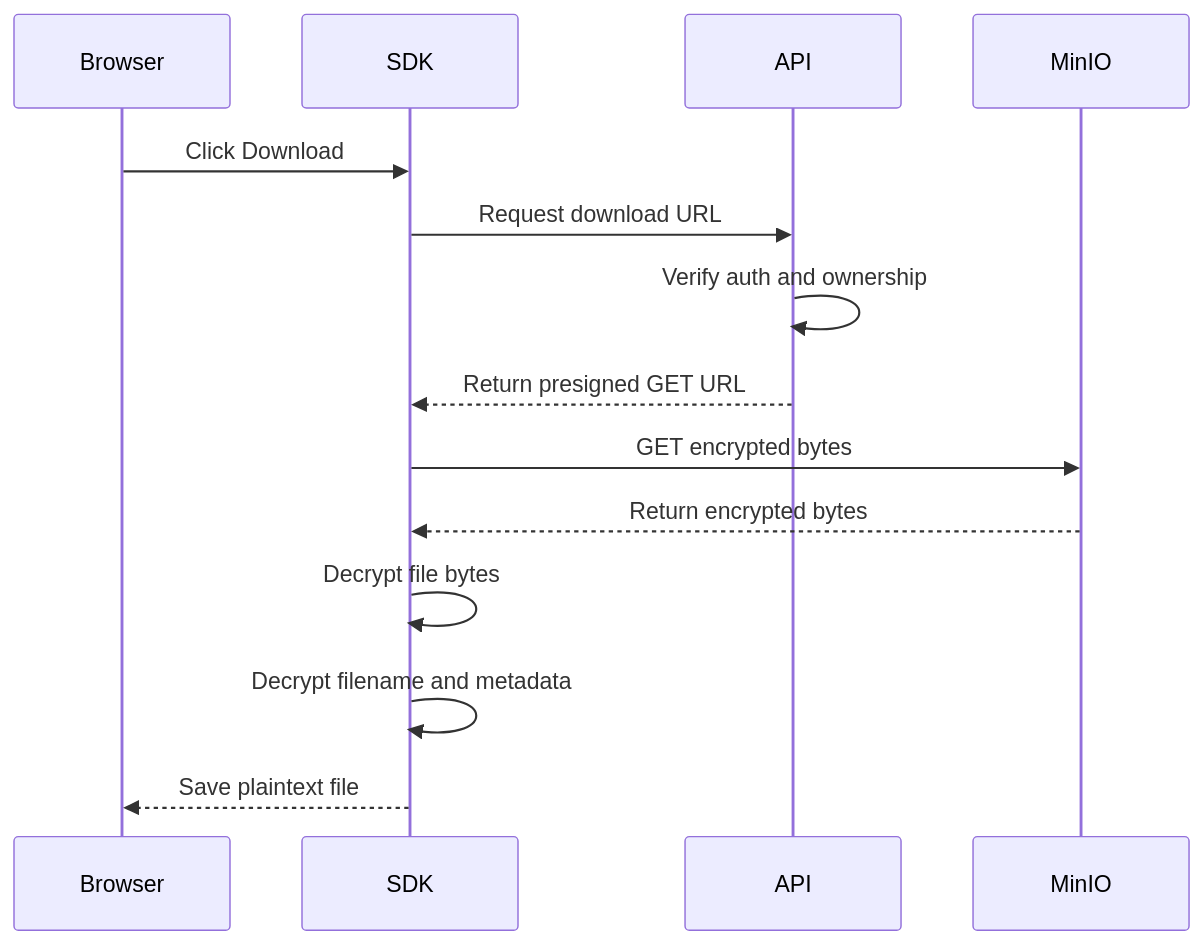
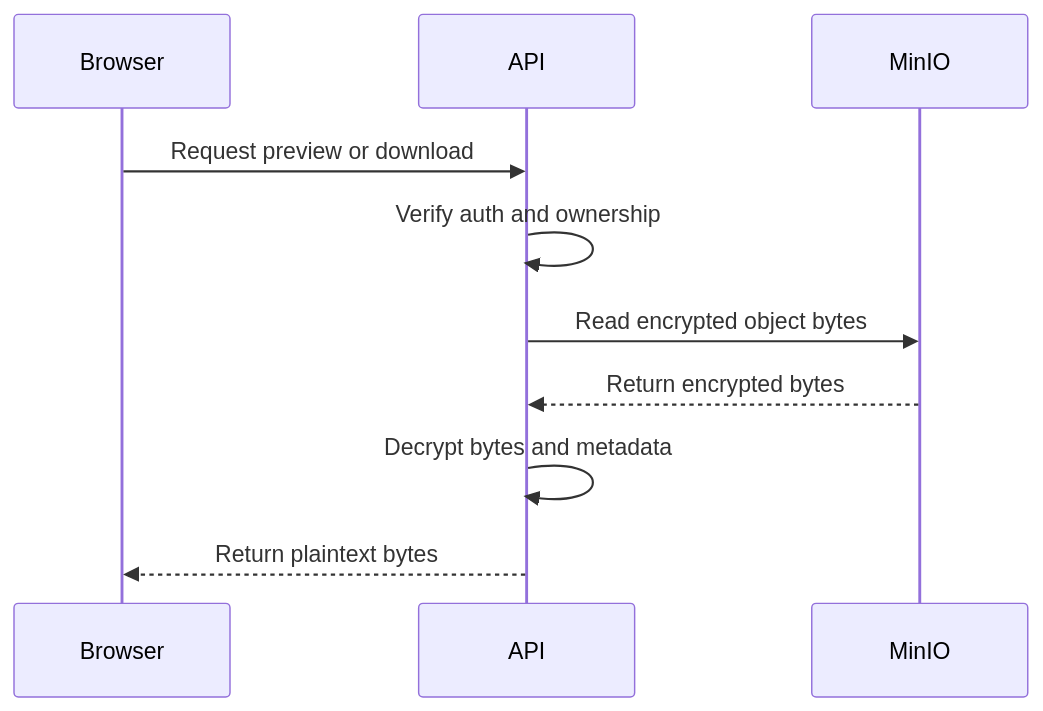
The fourth of 5 diagrams in docs/flows/storage-and-encryption.md (sk03167/frorage), drawn with Mermaid before and after one commit. The commit also changed other lines of this file and 22 other files, not shown here.

Commit message:
moving to admin owned flow

````diff
--- a/docs/flows/storage-and-encryption.md
+++ b/docs/flows/storage-and-encryption.md
@@ -104,17 +80,13 @@
 ```mermaid
 sequenceDiagram
   participant Browser
-  participant SDK
   participant API
   participant MinIO
 
-  Browser->>SDK: Click Download
-  SDK->>API: Request download URL
+  Browser->>API: Request preview or download
   API->>API: Verify auth and ownership
-  API-->>SDK: Return presigned GET URL
-  SDK->>MinIO: GET encrypted bytes
-  MinIO-->>SDK: Return encrypted bytes
-  SDK->>SDK: Decrypt file bytes
-  SDK->>SDK: Decrypt filename and metadata
-  SDK-->>Browser: Save plaintext file
+  API->>MinIO: Read encrypted object bytes
+  MinIO-->>API: Return encrypted bytes
+  API->>API: Decrypt bytes and metadata
+  API-->>Browser: Return plaintext bytes
 ```
````
